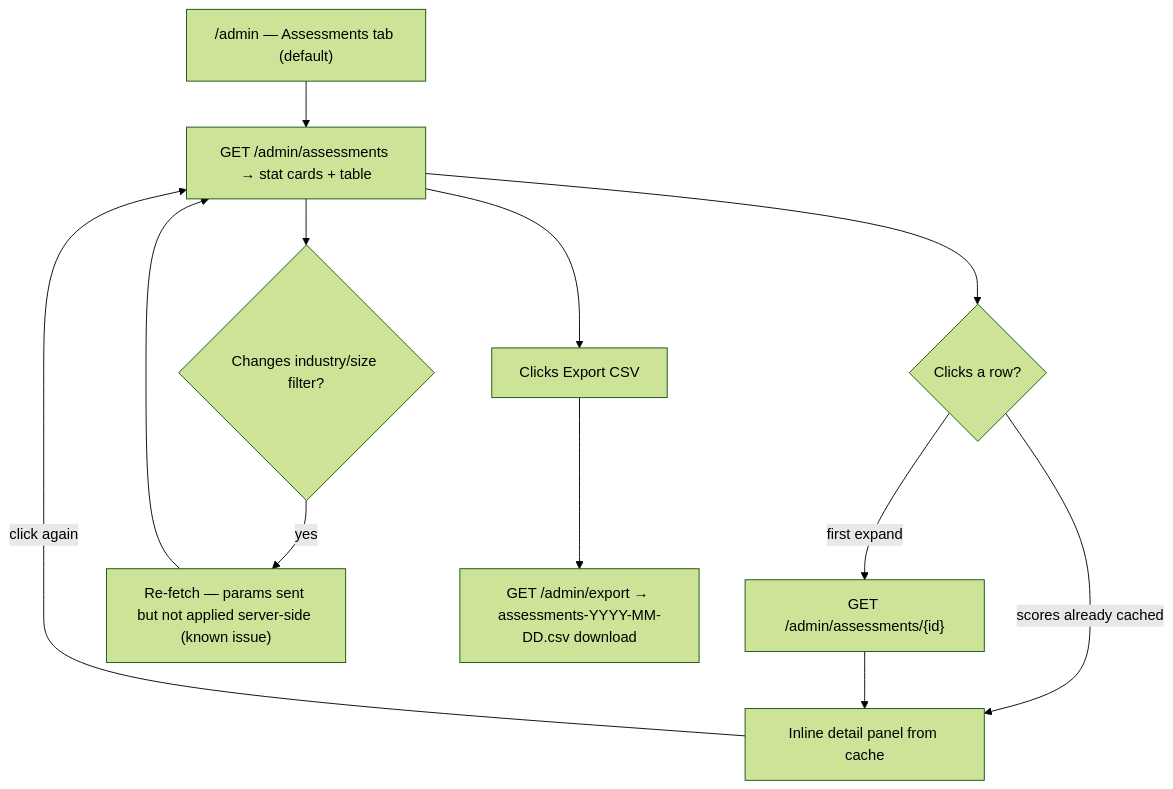
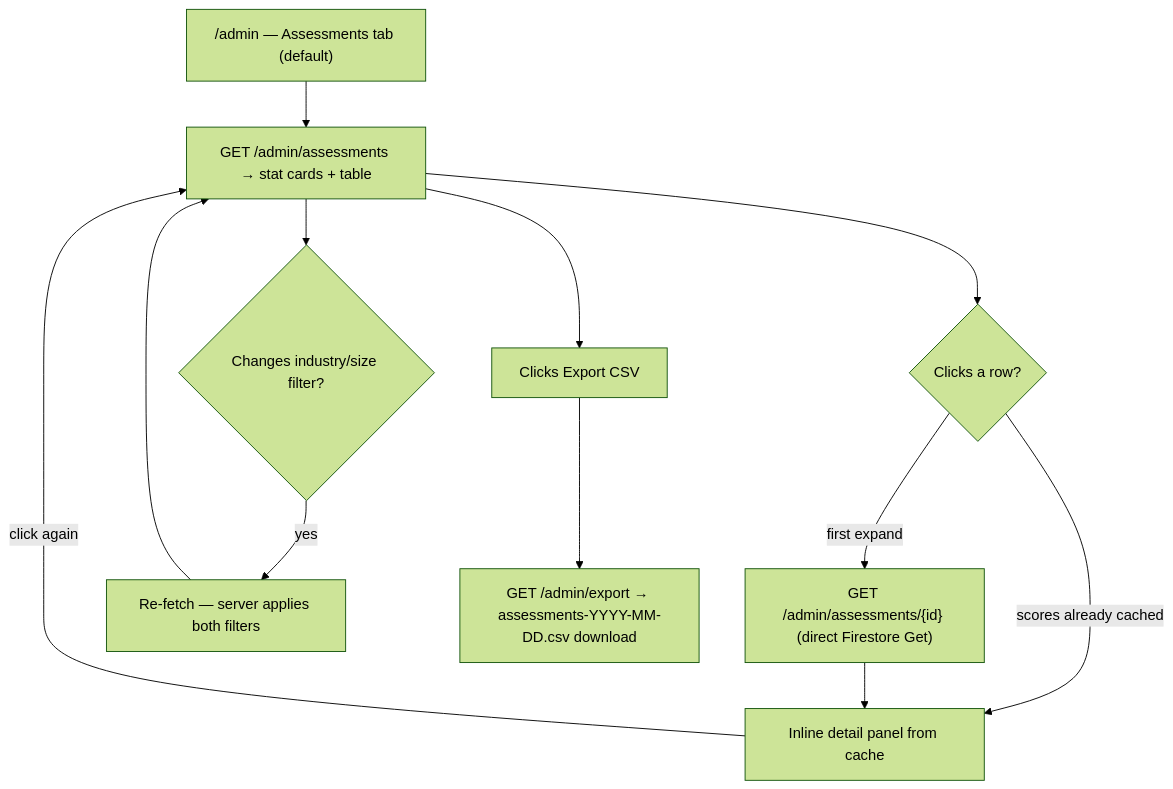
The first of 4 diagrams in docs/product/admin/user-journeys.md (sathittham/factory-sync-solutions), drawn with Mermaid (forest theme) before and after one commit. The commit also changed other lines of this file and 15 other files, not shown here.

````diff
--- a/docs/product/admin/user-journeys.md
+++ b/docs/product/admin/user-journeys.md
@@ -25,14 +26,14 @@
 ```mermaid
 flowchart TD
     A["/admin — Assessments tab (default)"] --> B["GET /admin/assessments → stat cards + table"]
     B --> C{"Clicks a row?"}
     C -->|"scores already cached"| D["Inline detail panel from cache"]
-    C -->|"first expand"| E["GET /admin/assessments/{id}"]
+    C -->|"first expand"| E["GET /admin/assessments/{id} (direct Firestore Get)"]
     E --> D
     D -->|"click again"| B
     B --> F{"Changes industry/size filter?"}
-    F -->|yes| G["Re-fetch — params sent but not applied server-side (known issue)"]
+    F -->|yes| G["Re-fetch — server applies both filters"]
     G --> B
     B --> H["Clicks Export CSV"]
     H --> I["GET /admin/export → assessments-YYYY-MM-DD.csv download"]
 ```
````
